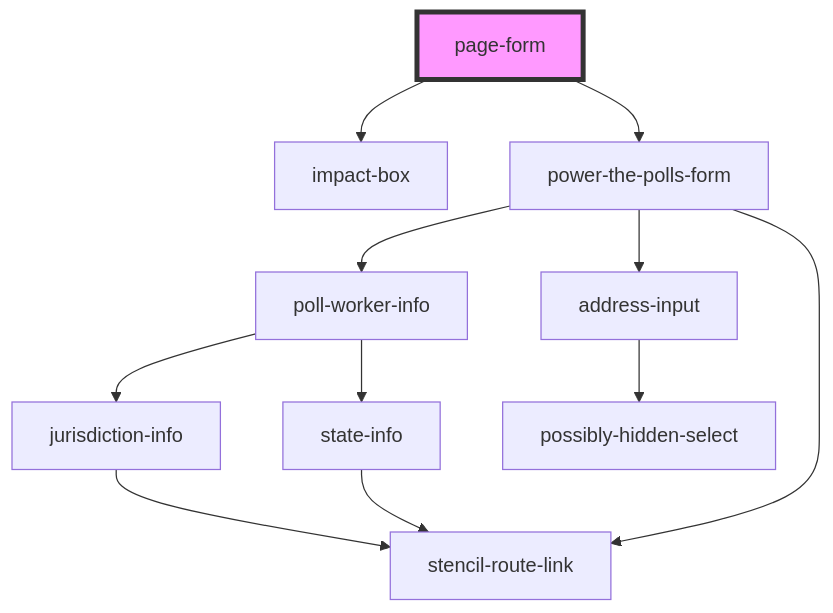
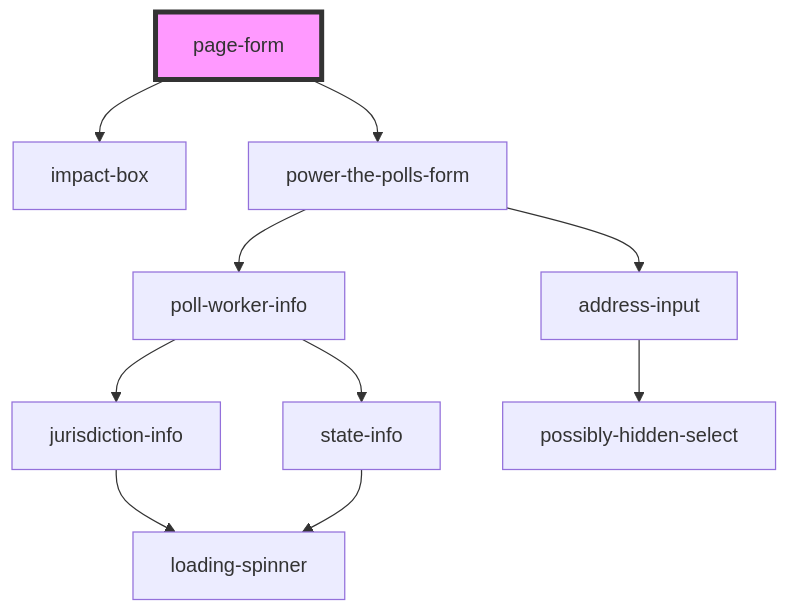
The diagram in site/src/components/page-form/readme.md (pizza-to-the-polls/power-the-polls), drawn with Mermaid before and after one commit. The commit also changed 8 other files, not shown here.

Commit message:
added placeholder index to form components to fix import in page-jurisdiction

````diff
--- a/site/src/components/page-form/readme.md
+++ b/site/src/components/page-form/readme.md
@@ -24,14 +24,13 @@
 ```mermaid
 graph TD;
   page-form --> impact-box
   page-form --> power-the-polls-form
   power-the-polls-form --> poll-worker-info
   power-the-polls-form --> address-input
-  power-the-polls-form --> stencil-route-link
   poll-worker-info --> jurisdiction-info
   poll-worker-info --> state-info
-  jurisdiction-info --> stencil-route-link
-  state-info --> stencil-route-link
+  jurisdiction-info --> loading-spinner
+  state-info --> loading-spinner
   address-input --> possibly-hidden-select
   style page-form fill:#f9f,stroke:#333,stroke-width:4px
 ```
````
